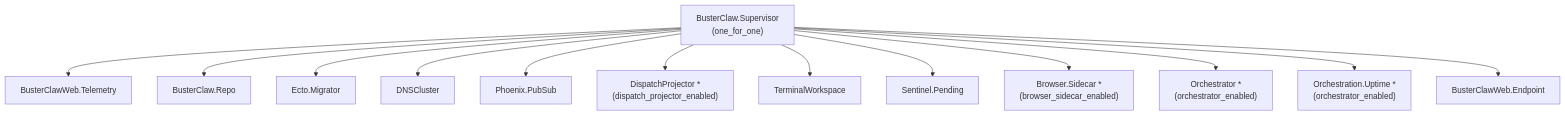
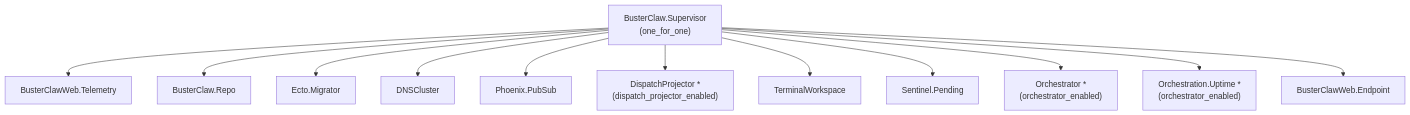
One commit to hightowerbuilds/buster-claw changed the second of 8 diagrams in docs/UML.md. Above: the diagram before and after it, drawn with Mermaid. The commit also changed other lines of this file and 15 other files, not shown here.

Commit message:
chore(browser): lose the Playwright sidecar — module, 17MB priv tree, config gates, supervision child, tests, and doc references all deleted; Browser.fetch is plain HTTP + native live-render upgrade only (DMG ~19% smaller)

````diff
--- a/docs/UML.md
+++ b/docs/UML.md
@@ -82,17 +80,16 @@
 ```mermaid
 flowchart TD
     Sup["BusterClaw.Supervisor<br/>(one_for_one)"]
 
     Sup --> Telemetry["BusterClawWeb.Telemetry"]
     Sup --> Repo["BusterClaw.Repo"]
     Sup --> Migrator["Ecto.Migrator"]
     Sup --> DNS["DNSCluster"]
     Sup --> PubSub["Phoenix.PubSub"]
     Sup --> Projector["DispatchProjector *<br/>(dispatch_projector_enabled)"]
     Sup --> TermWS["TerminalWorkspace"]
     Sup --> SentinelPending["Sentinel.Pending"]
-    Sup --> Sidecar["Browser.Sidecar *<br/>(browser_sidecar_enabled)"]
     Sup --> Orchestrator["Orchestrator *<br/>(orchestrator_enabled)"]
     Sup --> Uptime["Orchestration.Uptime *<br/>(orchestrator_enabled)"]
     Sup --> Endpoint["BusterClawWeb.Endpoint"]
 ```
````
